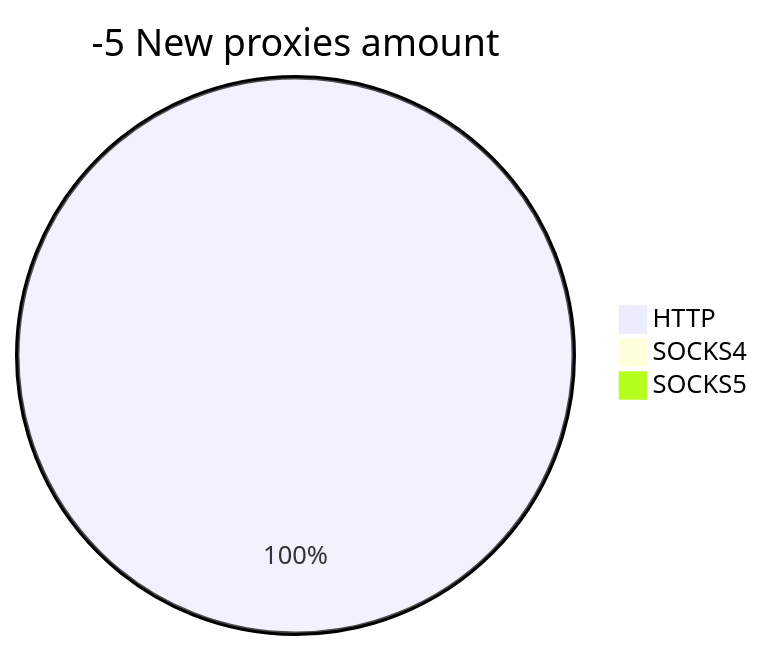
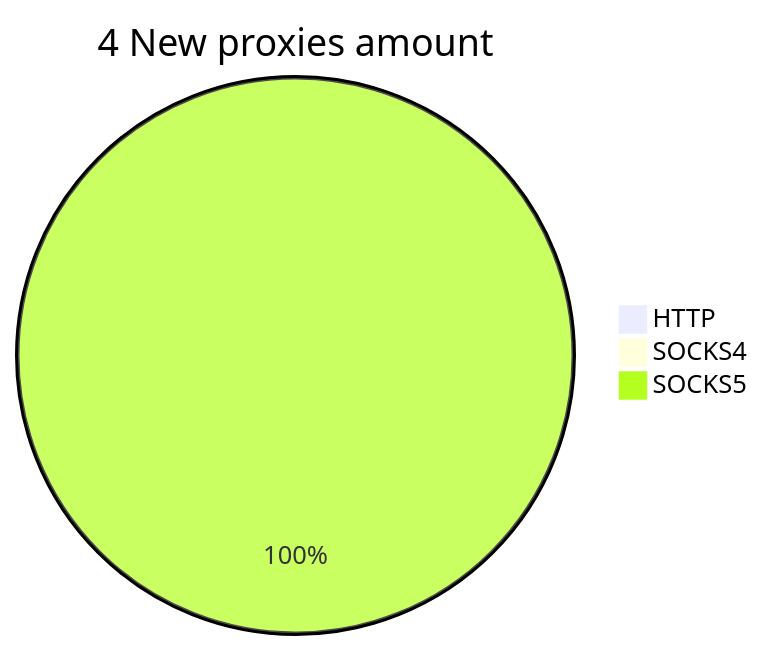
Before and after one commit to cutipu/proxylist: the second of 2 diagrams in README.md, drawn with Mermaid. The commit also changed other lines of this file, not shown here.

````diff
--- a/README.md
+++ b/README.md
@@ -10,6 +10,6 @@
 ```mermaid
-pie title -5 New proxies amount
-    "HTTP" : 2
+pie title 4 New proxies amount
+    "HTTP" : 0
     "SOCKS4" : 0
-    "SOCKS5" : 0
+    "SOCKS5" : 7
 ```
````
